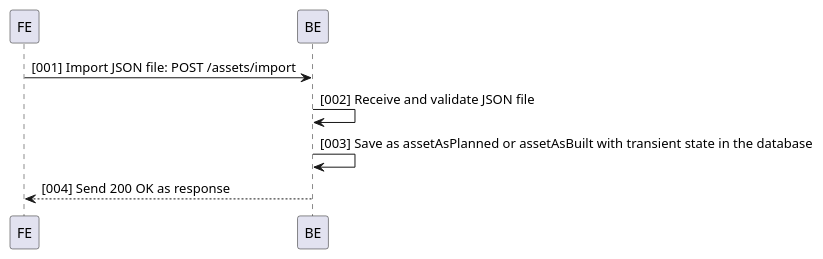
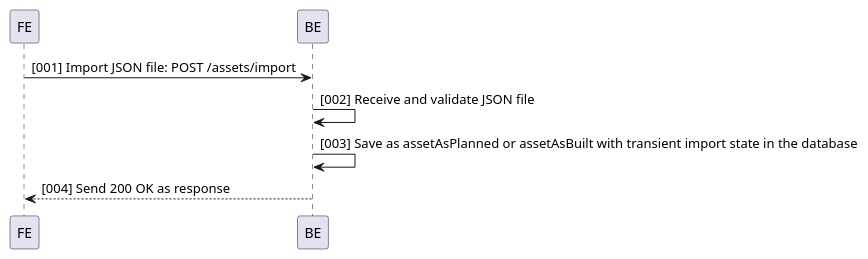
The diagram in docs/src/uml-diagrams/arc42/trace-x-data-import-interface/trace-x-data-import-interface-modul1-sequence.puml (eclipse-tractusx/traceability-foss), drawn with PlantUML before and after one commit. The commit also changed 2 other files, not shown here.

```diff
--- a/docs/src/uml-diagrams/arc42/trace-x-data-import-interface/trace-x-data-import-interface-modul1-sequence.puml
+++ b/docs/src/uml-diagrams/arc42/trace-x-data-import-interface/trace-x-data-import-interface-modul1-sequence.puml
@@ -1,9 +1,9 @@
 @startuml
 participant FE
 participant BE
 
 FE -> BE: [001] Import JSON file: POST /assets/import
 BE -> BE: [002] Receive and validate JSON file
-BE -> BE: [003] Save as assetAsPlanned or assetAsBuilt with transient state in the database
+BE -> BE: [003] Save as assetAsPlanned or assetAsBuilt with transient import state in the database
 BE --> FE: [004] Send 200 OK as response
 @enduml
```
